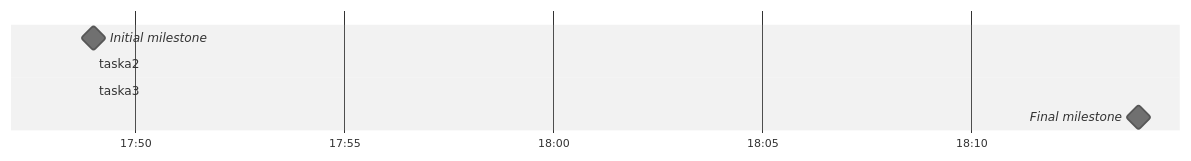
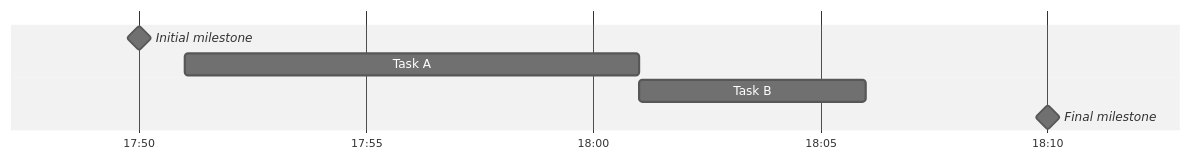
The fourth of 7 diagrams in docs/syntax/gantt.md (mermaid-js/mermaid), drawn with Mermaid (neutral theme) before and after one commit. The commit also changed other lines of this file, not shown here.

````diff
--- a/docs/syntax/gantt.md
+++ b/docs/syntax/gantt.md
@@ -157,9 +157,9 @@
 ```mermaid
 gantt
-dateFormat HH:mm
-axisFormat %H:%M
-Initial milestone : milestone, m1, 17:49,2min
-taska2 : 10min
-taska3 : 5min
-Final milestone : milestone, m2, 18:14, 2min
+    dateFormat HH:mm
+    axisFormat %H:%M
+    Initial milestone : milestone, m1, 17:49, 2m
+    Task A : 10m
+    Task B : 5m
+    Final milestone : milestone, m2, 18:08, 4m
 ```
````
